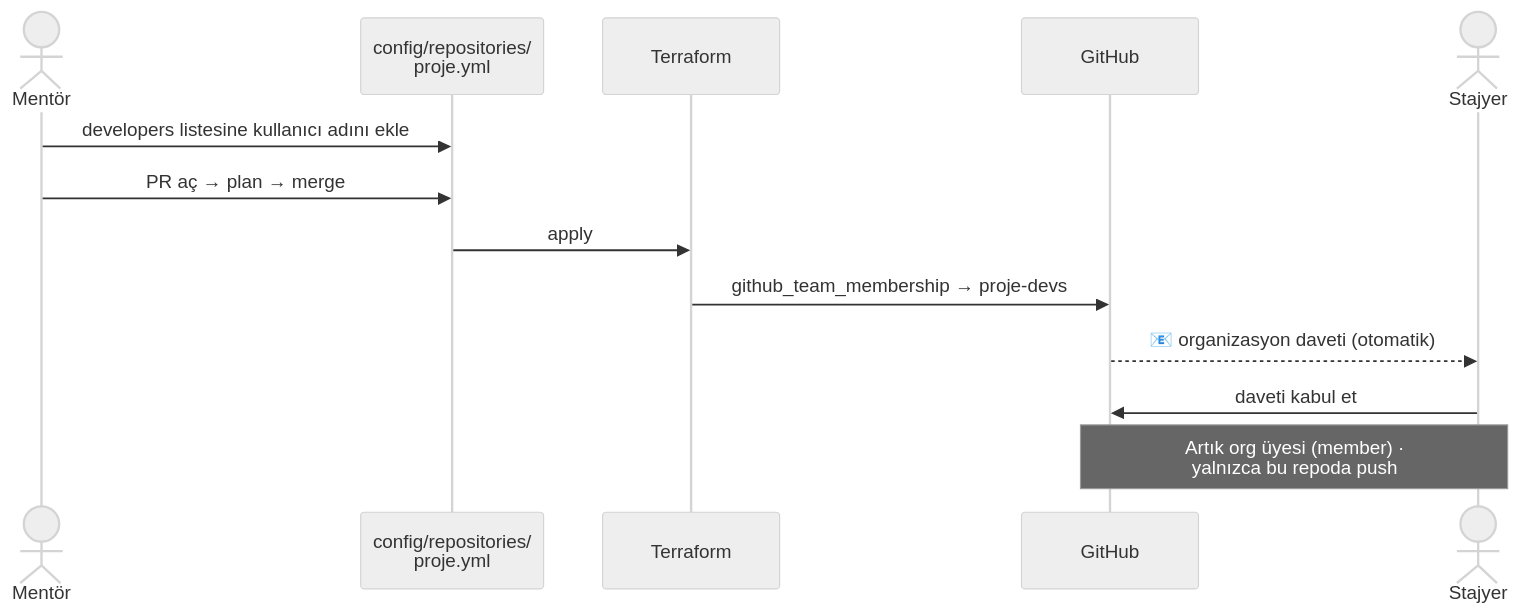
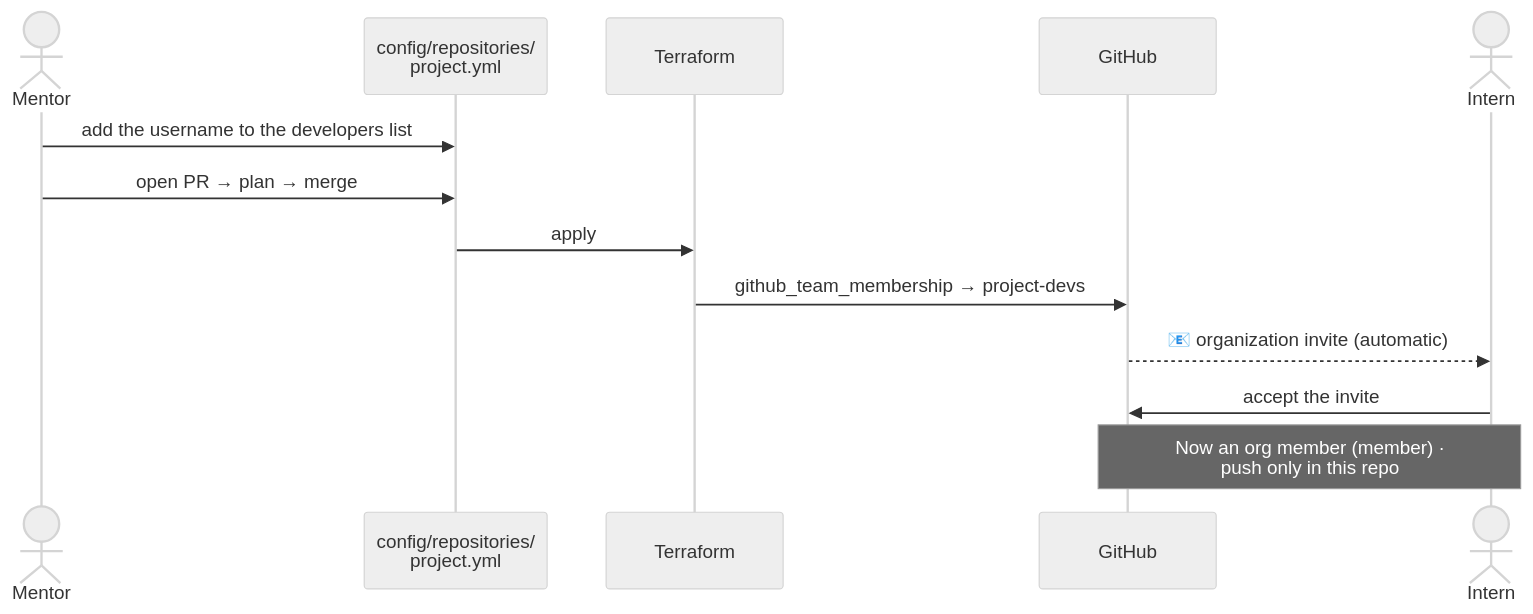
One commit to iceberg-pilot-test/Iceberg-GitHub-Infrastructure changed the fourth of 4 diagrams in docs/rbac-and-permissions.md. Above: the diagram before and after it, drawn with Mermaid (neutral theme). The commit also changed other lines of this file and 21 other files, not shown here.

````diff
--- a/docs/rbac-and-permissions.md
+++ b/docs/rbac-and-permissions.md
@@ -239,16 +245,16 @@
 ```mermaid
 sequenceDiagram
-    actor M as Mentör
-    participant C as config/repositories/<br/>proje.yml
+    actor M as Mentor
+    participant C as config/repositories/<br/>project.yml
     participant T as Terraform
     participant G as GitHub
-    actor S as Stajyer
+    actor S as Intern
 
-    M->>C: developers listesine kullanıcı adını ekle
-    M->>C: PR aç → plan → merge
+    M->>C: add the username to the developers list
+    M->>C: open PR → plan → merge
     C->>T: apply
-    T->>G: github_team_membership → proje-devs
-    G-->>S: 📧 organizasyon daveti (otomatik)
-    S->>G: daveti kabul et
-    Note over S,G: Artık org üyesi (member) ·<br/>yalnızca bu repoda push
+    T->>G: github_team_membership → project-devs
+    G-->>S: 📧 organization invite (automatic)
+    S->>G: accept the invite
+    Note over S,G: Now an org member (member) ·<br/>push only in this repo
 ```
````
